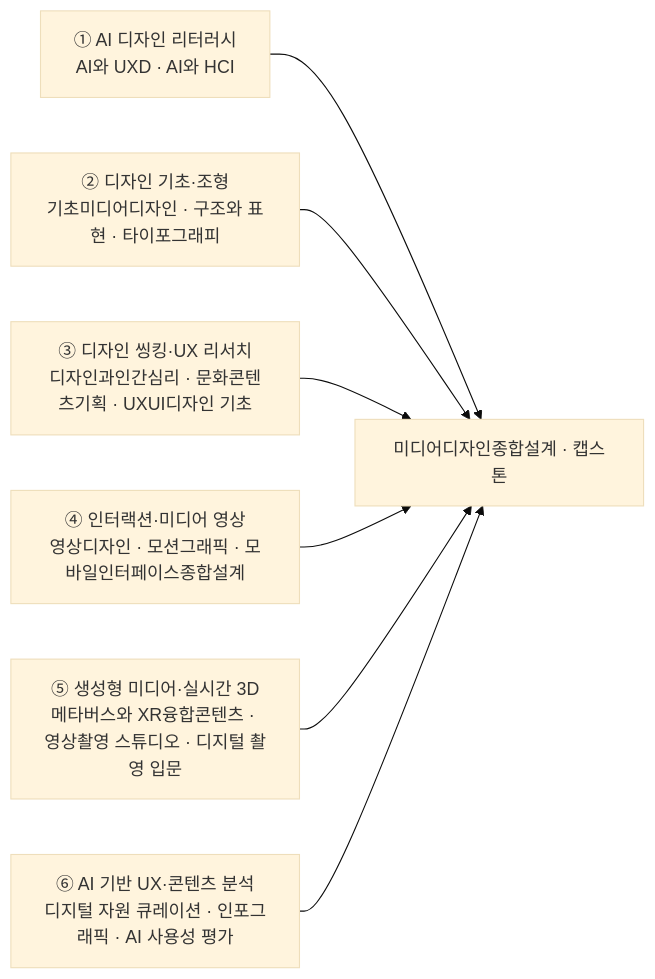
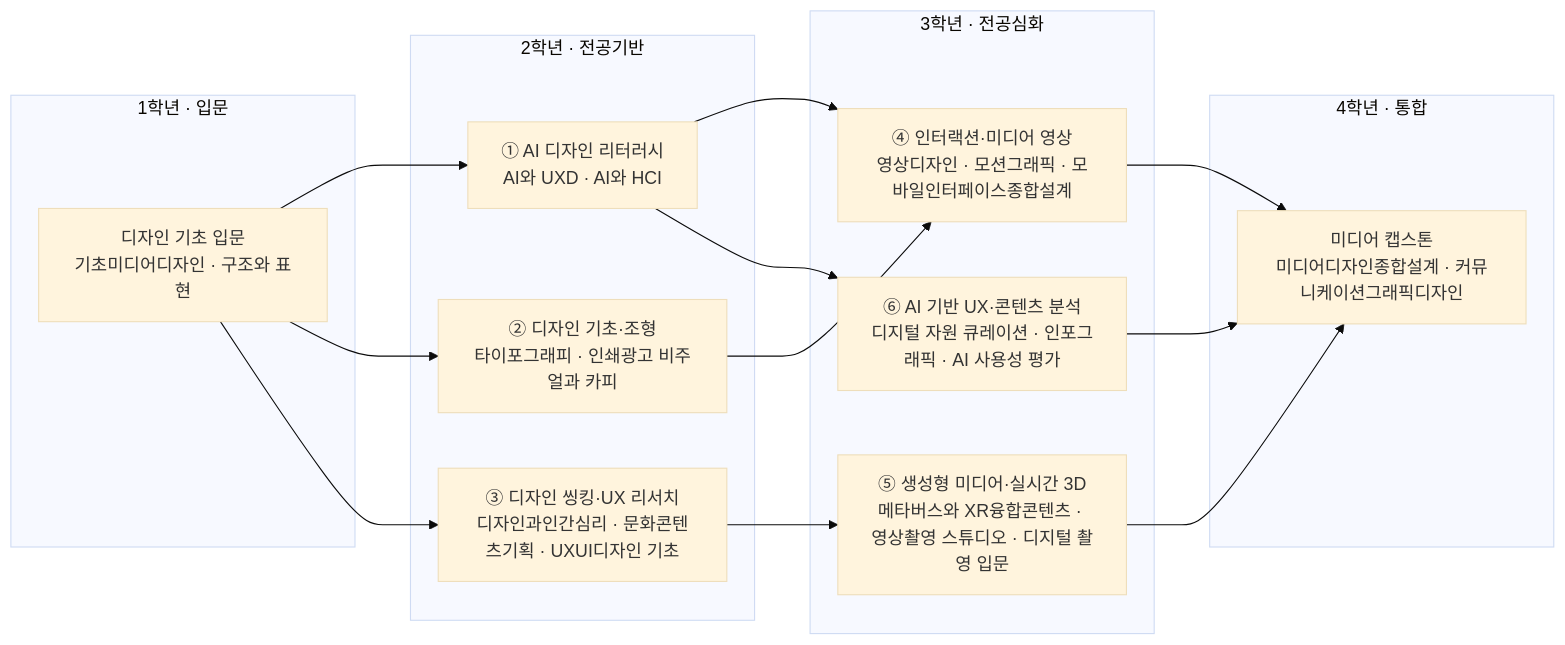
One commit to parclab-hsu/ai-curriculum-2026 changed the diagram in docs/design/media-design.md. Above: the diagram before and after it, drawn with Mermaid (base theme). The commit also changed other lines of this file and 22 other files, not shown here.

First line of the commit message:
모듈 다이어그램 강화 — 1~4학년 로드맵 + 모듈-역량 매핑 (23개 트랙)

````diff
--- a/docs/design/media-design.md
+++ b/docs/design/media-design.md
@@ -102,10 +102,29 @@
 ```mermaid
 flowchart LR
-  M1["① AI 디자인 리터러시<br/>AI와 UXD · AI와 HCI"] --> CAP
-  M2["② 디자인 기초·조형<br/>기초미디어디자인 · 구조와 표현 · 타이포그래피"] --> CAP
-  M3["③ 디자인 씽킹·UX 리서치<br/>디자인과인간심리 · 문화콘텐츠기획 · UXUI디자인 기초"] --> CAP
-  M4["④ 인터랙션·미디어 영상<br/>영상디자인 · 모션그래픽 · 모바일인터페이스종합설계"] --> CAP
-  M5["⑤ 생성형 미디어·실시간 3D<br/>메타버스와 XR융합콘텐츠 · 영상촬영 스튜디오 · 디지털 촬영 입문"] --> CAP
-  M6["⑥ AI 기반 UX·콘텐츠 분석<br/>디지털 자원 큐레이션 · 인포그래픽 · AI 사용성 평가"] --> CAP
-  CAP["미디어디자인종합설계 · 캡스톤"]
+  subgraph Y1["1학년 · 입문"]
+    A0["디자인 기초 입문<br/>기초미디어디자인 · 구조와 표현"]
+  end
+  subgraph Y2["2학년 · 전공기반"]
+    M1["① AI 디자인 리터러시<br/>AI와 UXD · AI와 HCI"]
+    M2["② 디자인 기초·조형<br/>타이포그래피 · 인쇄광고 비주얼과 카피"]
+    M3["③ 디자인 씽킹·UX 리서치<br/>디자인과인간심리 · 문화콘텐츠기획 · UXUI디자인 기초"]
+  end
+  subgraph Y3["3학년 · 전공심화"]
+    M4["④ 인터랙션·미디어 영상<br/>영상디자인 · 모션그래픽 · 모바일인터페이스종합설계"]
+    M5["⑤ 생성형 미디어·실시간 3D<br/>메타버스와 XR융합콘텐츠 · 영상촬영 스튜디오 · 디지털 촬영 입문"]
+    M6["⑥ AI 기반 UX·콘텐츠 분석<br/>디지털 자원 큐레이션 · 인포그래픽 · AI 사용성 평가"]
+  end
+  subgraph Y4["4학년 · 통합"]
+    CAP["미디어 캡스톤<br/>미디어디자인종합설계 · 커뮤니케이션그래픽디자인"]
+  end
+  A0 --> M1
+  A0 --> M2
+  A0 --> M3
+  M1 --> M4
+  M2 --> M4
+  M3 --> M5
+  M1 --> M6
+  M4 --> CAP
+  M5 --> CAP
+  M6 --> CAP
 ```
````
